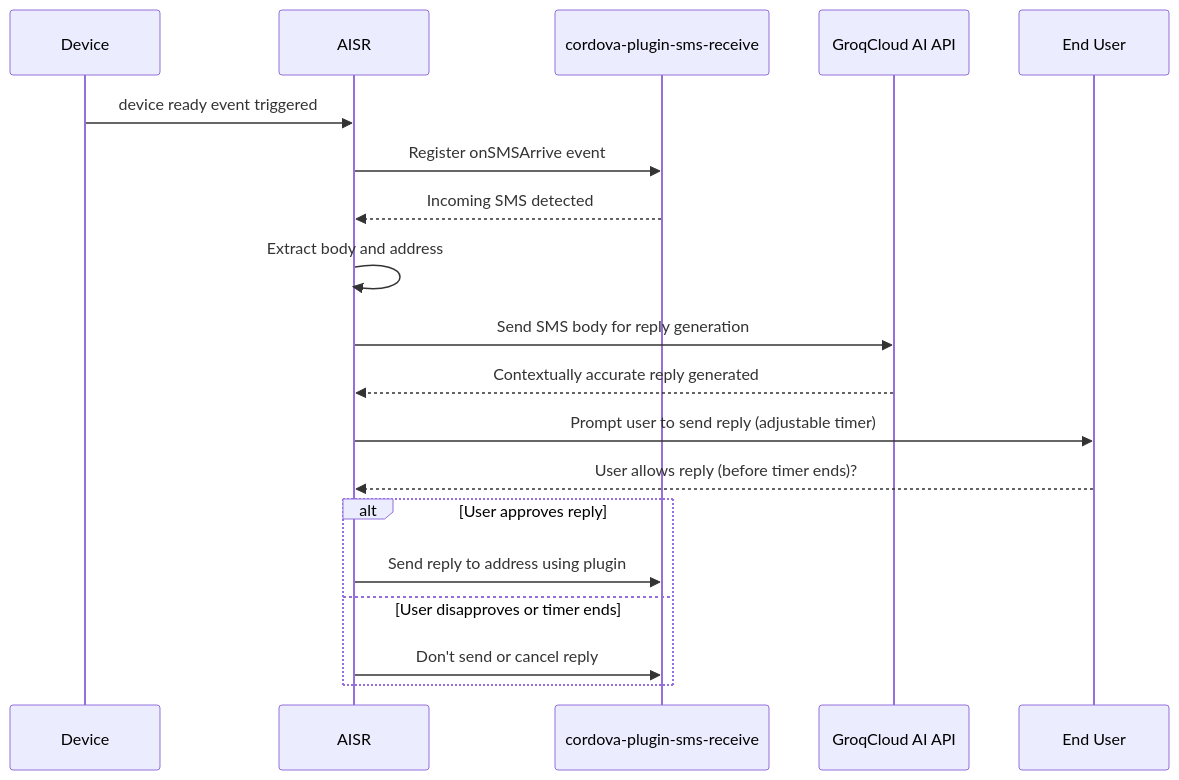
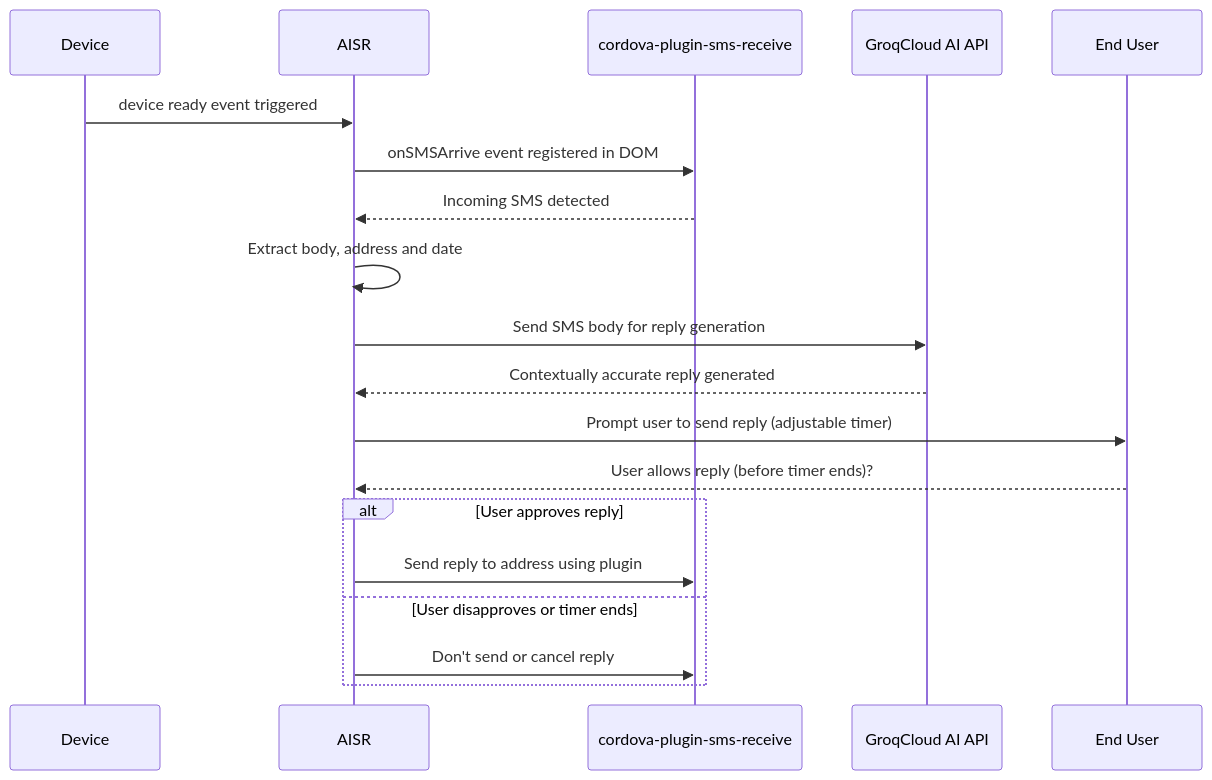
Before and after one commit to MurageKabui/AISR: the diagram in README.md, drawn with Mermaid.

````diff
--- a/README.md
+++ b/README.md
@@ -17,22 +17,22 @@
 ```mermaid
 sequenceDiagram
     participant Device as Device
     participant CordovaApp as AISR
     participant SMSReceive as cordova-plugin-sms-receive
     participant AI as GroqCloud AI API
     participant User as End User
 
     Device->>CordovaApp: device ready event triggered
-    CordovaApp->>SMSReceive: Register onSMSArrive event
+    CordovaApp->>SMSReceive: onSMSArrive event registered in DOM
     SMSReceive-->>CordovaApp: Incoming SMS detected
-    CordovaApp->>CordovaApp: Extract body and address
+    CordovaApp->>CordovaApp: Extract body, address and date
     CordovaApp->>AI: Send SMS body for reply generation
     AI-->>CordovaApp: Contextually accurate reply generated
     CordovaApp->>User: Prompt user to send reply (adjustable timer)
     User-->>CordovaApp: User allows reply (before timer ends)?
     alt User approves reply
         CordovaApp->>SMSReceive: Send reply to address using plugin
     else User disapproves or timer ends
         CordovaApp->>SMSReceive: Don't send or cancel reply
     end
 ```
````
